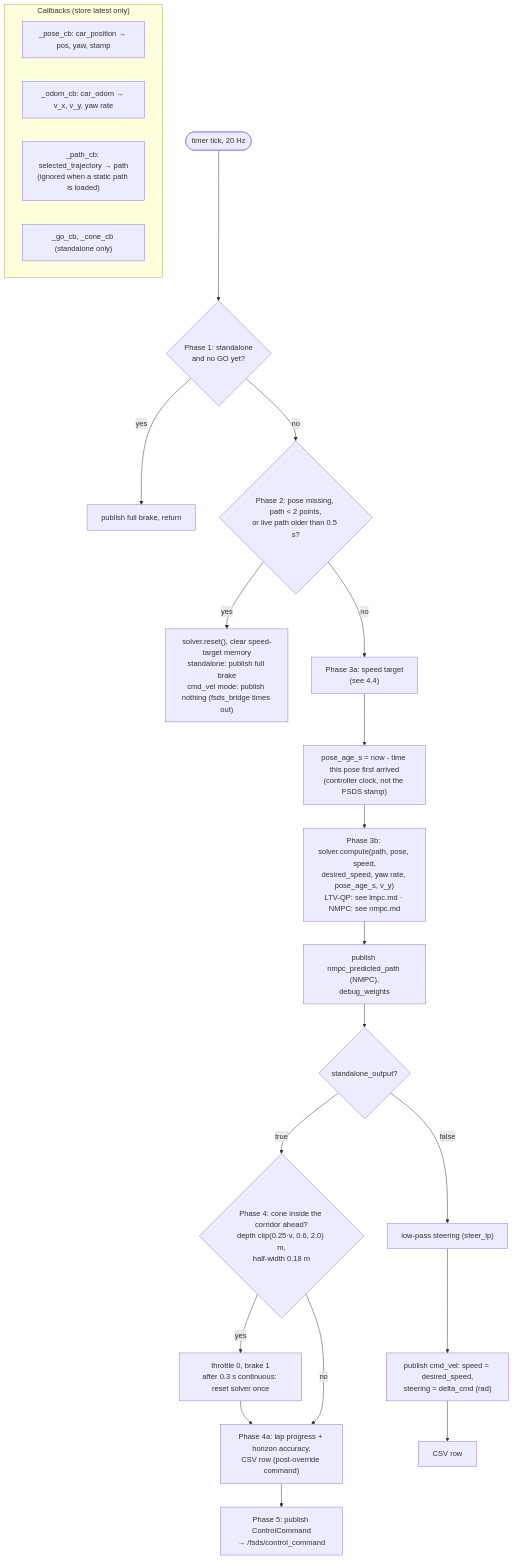
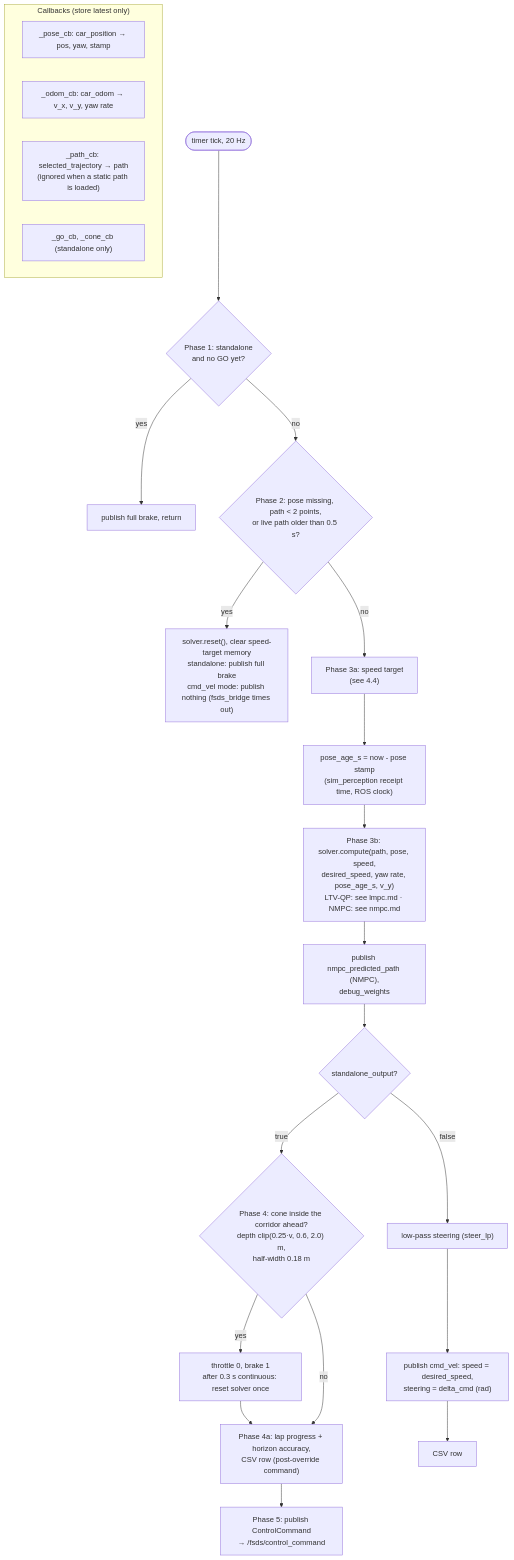
Before and after one commit to Martin-Jin/fsae_MPCTest: the seventh of 12 diagrams in docs/fsds/live_architecture.md, drawn with Mermaid. The commit also changed other lines of this file and 12 other files, not shown here.

First line of the commit message:
Stamp car_position at sim_perception receipt (ROS clock) so pose_age_s counts the relay wait

````diff
--- a/docs/fsds/live_architecture.md
+++ b/docs/fsds/live_architecture.md
@@ -372,38 +372,38 @@
 ```mermaid
 flowchart TD
     subgraph CBS["Callbacks (store latest only)"]
         CB1["_pose_cb: car_position → pos, yaw, stamp"]
         CB2["_odom_cb: car_odom → v_x, v_y, yaw rate"]
         CB3["_path_cb: selected_trajectory → path<br/>(ignored when a static path is loaded)"]
         CB4["_go_cb, _cone_cb (standalone only)"]
     end
 
     T(["timer tick, 20 Hz"])
     G{"Phase 1: standalone<br/>and no GO yet?"}
     GB["publish full brake, return"]
     S{"Phase 2: pose missing, path < 2 points,<br/>or live path older than 0.5 s?"}
     SB["solver.reset(), clear speed-target memory<br/>standalone: publish full brake<br/>cmd_vel mode: publish nothing (fsds_bridge times out)"]
     V["Phase 3a: speed target<br/>(see 4.4)"]
-    PA["pose_age_s = now - time this pose first arrived<br/>(controller clock, not the FSDS stamp)"]
+    PA["pose_age_s = now - pose stamp<br/>(sim_perception receipt time, ROS clock)"]
     SOLVE["Phase 3b: solver.compute(path, pose, speed,<br/>desired_speed, yaw rate, pose_age_s, v_y)<br/>LTV-QP: see lmpc.md · NMPC: see nmpc.md"]
     DBG["publish nmpc_predicted_path (NMPC),<br/>debug_weights"]
     M{"standalone_output?"}
     CONE{"Phase 4: cone inside the corridor ahead?<br/>depth clip(0.25·v, 0.6, 2.0) m,<br/>half-width 0.18 m"}
     CB["throttle 0, brake 1<br/>after 0.3 s continuous: reset solver once"]
     LOG1["Phase 4a: lap progress + horizon accuracy,<br/>CSV row (post-override command)"]
     PUB1["Phase 5: publish ControlCommand<br/>→ /fsds/control_command"]
     LP["low-pass steering (steer_lp)"]
     PUB2["publish cmd_vel: speed = desired_speed,<br/>steering = delta_cmd (rad)"]
     LOG2["CSV row"]
 
     T --> G
     G -->|"yes"| GB
     G -->|"no"| S
     S -->|"yes"| SB
     S -->|"no"| V --> PA --> SOLVE --> DBG --> M
     M -->|"true"| CONE
     CONE -->|"yes"| CB --> LOG1
     CONE -->|"no"| LOG1
     LOG1 --> PUB1
     M -->|"false"| LP --> PUB2 --> LOG2
 ```
````
